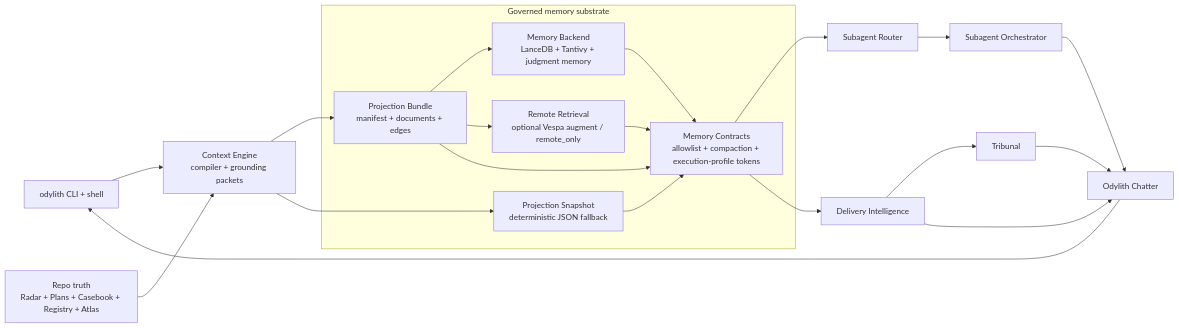
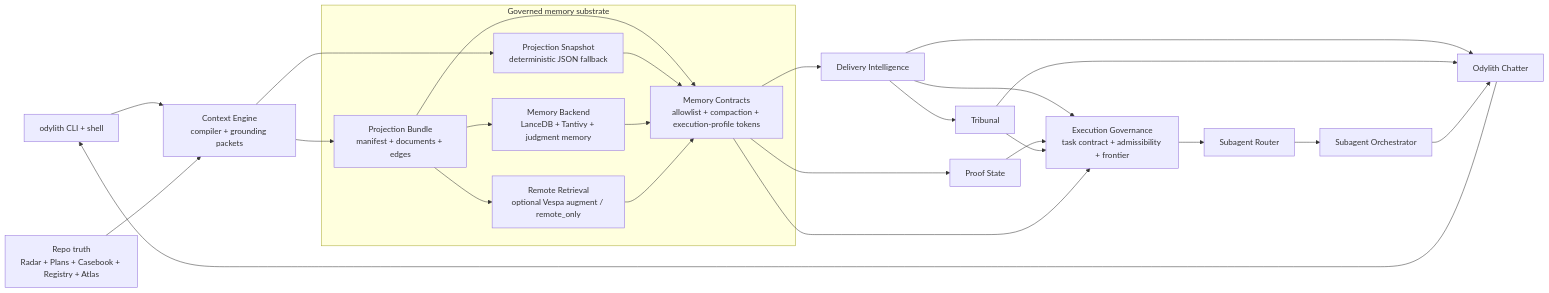
One commit to odylith/odylith changed the diagram in odylith/atlas/source/odylith-context-and-agent-execution-stack.mmd. Above: the diagram before and after it, drawn with Mermaid. The commit also changed 380 other files, not shown here.

Commit message:
Advance execution governance and governed planning surfaces

```diff
--- a/odylith/atlas/source/odylith-context-and-agent-execution-stack.mmd
+++ b/odylith/atlas/source/odylith-context-and-agent-execution-stack.mmd
@@ -1,29 +1,34 @@
-%% Reviewed 2026-04-07 for B-031, B-058, and B-059 to make the governed memory substrate and ambient conversation intelligence explicit.
+%% Reviewed 2026-04-09 for B-072 to make execution governance explicit and keep Context Engine grounding-only.
 flowchart LR
     CLI["odylith CLI + shell"] --> Context["Context Engine<br/>compiler + grounding packets"]
     Truth["Repo truth<br/>Radar + Plans + Casebook + Registry + Atlas"] --> Context
 
     subgraph Memory["Governed memory substrate"]
         Bundle["Projection Bundle<br/>manifest + documents + edges"]
         Snapshot["Projection Snapshot<br/>deterministic JSON fallback"]
         Backend["Memory Backend<br/>LanceDB + Tantivy + judgment memory"]
         Remote["Remote Retrieval<br/>optional Vespa augment / remote_only"]
         Contracts["Memory Contracts<br/>allowlist + compaction + execution-profile tokens"]
         Bundle --> Backend
         Bundle --> Remote
         Bundle --> Contracts
         Snapshot --> Contracts
         Backend --> Contracts
         Remote --> Contracts
     end
 
     Context --> Bundle
     Context --> Snapshot
-    Contracts --> Router["Subagent Router"]
     Contracts --> Delivery["Delivery Intelligence"]
+    Contracts --> Proof["Proof State"]
+    Delivery --> Tribunal["Tribunal"]
+    Delivery --> Exec["Execution Governance<br/>task contract + admissibility + frontier"]
+    Proof --> Exec
+    Tribunal --> Exec
+    Contracts --> Exec
+    Exec --> Router["Subagent Router"]
     Router --> Orchestrator["Subagent Orchestrator"]
-    Delivery --> Tribunal["Tribunal"]
     Delivery --> Chatter["Odylith Chatter"]
     Tribunal --> Chatter
     Orchestrator --> Chatter
     Chatter --> CLI
```
